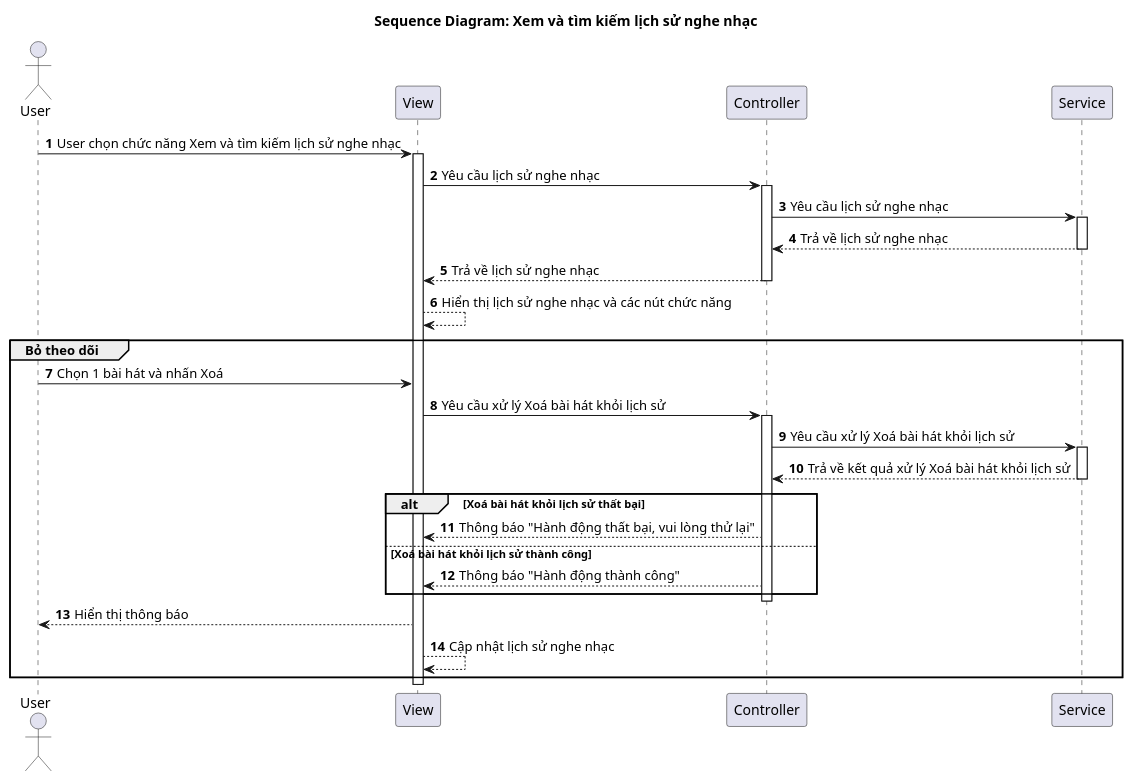
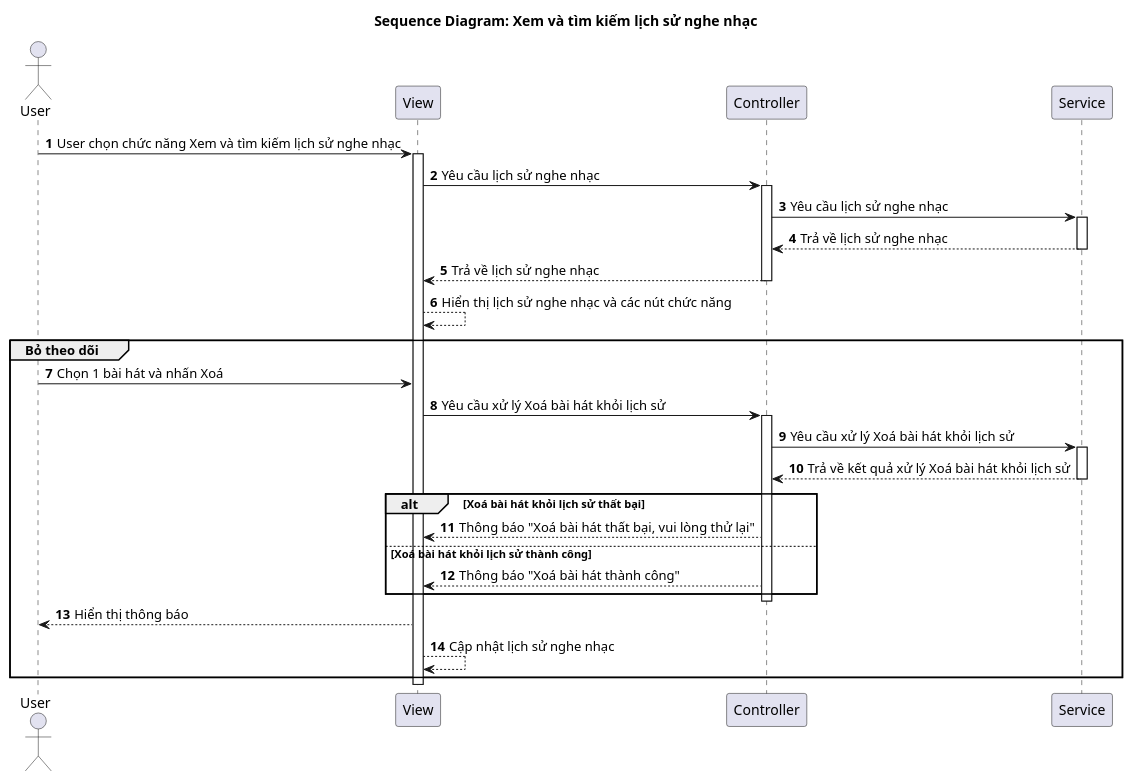
The diagram in Diagrams/SequenceDiagram/ViewSearchHistory.plantuml (vinh047/soundwave), drawn with PlantUML before and after one commit. The commit also changed 29 other files, not shown here.

```diff
--- a/Diagrams/SequenceDiagram/ViewSearchHistory.plantuml
+++ b/Diagrams/SequenceDiagram/ViewSearchHistory.plantuml
@@ -1,43 +1,43 @@
 @startuml SD
 
 actor "User" as User
 participant "View" as View
 participant "Controller" as Controller
 participant "Service" as Service
 
 title Sequence Diagram: Xem và tìm kiếm lịch sử nghe nhạc
 
 autonumber
 
 User -> View: User chọn chức năng Xem và tìm kiếm lịch sử nghe nhạc
 activate View
 View -> Controller: Yêu cầu lịch sử nghe nhạc
 activate Controller
 Controller -> Service: Yêu cầu lịch sử nghe nhạc
 activate Service
 Service --> Controller: Trả về lịch sử nghe nhạc
 deactivate Service
 Controller --> View: Trả về lịch sử nghe nhạc
 deactivate Controller
 View --> View: Hiển thị lịch sử nghe nhạc và các nút chức năng
 
 group Bỏ theo dõi
     User -> View: Chọn 1 bài hát và nhấn Xoá
     View -> Controller: Yêu cầu xử lý Xoá bài hát khỏi lịch sử
     activate Controller
     Controller -> Service: Yêu cầu xử lý Xoá bài hát khỏi lịch sử
     activate Service
     Service --> Controller: Trả về kết quả xử lý Xoá bài hát khỏi lịch sử
     deactivate Service
     alt Xoá bài hát khỏi lịch sử thất bại
-        Controller --> View: Thông báo "Hành động thất bại, vui lòng thử lại"
+        Controller --> View: Thông báo "Xoá bài hát thất bại, vui lòng thử lại"
     else Xoá bài hát khỏi lịch sử thành công
-        Controller --> View: Thông báo "Hành động thành công"
+        Controller --> View: Thông báo "Xoá bài hát thành công"
     end
     deactivate Controller
     View --> User: Hiển thị thông báo
     View --> View: Cập nhật lịch sử nghe nhạc
 end
 
 deactivate View
 @enduml
```
